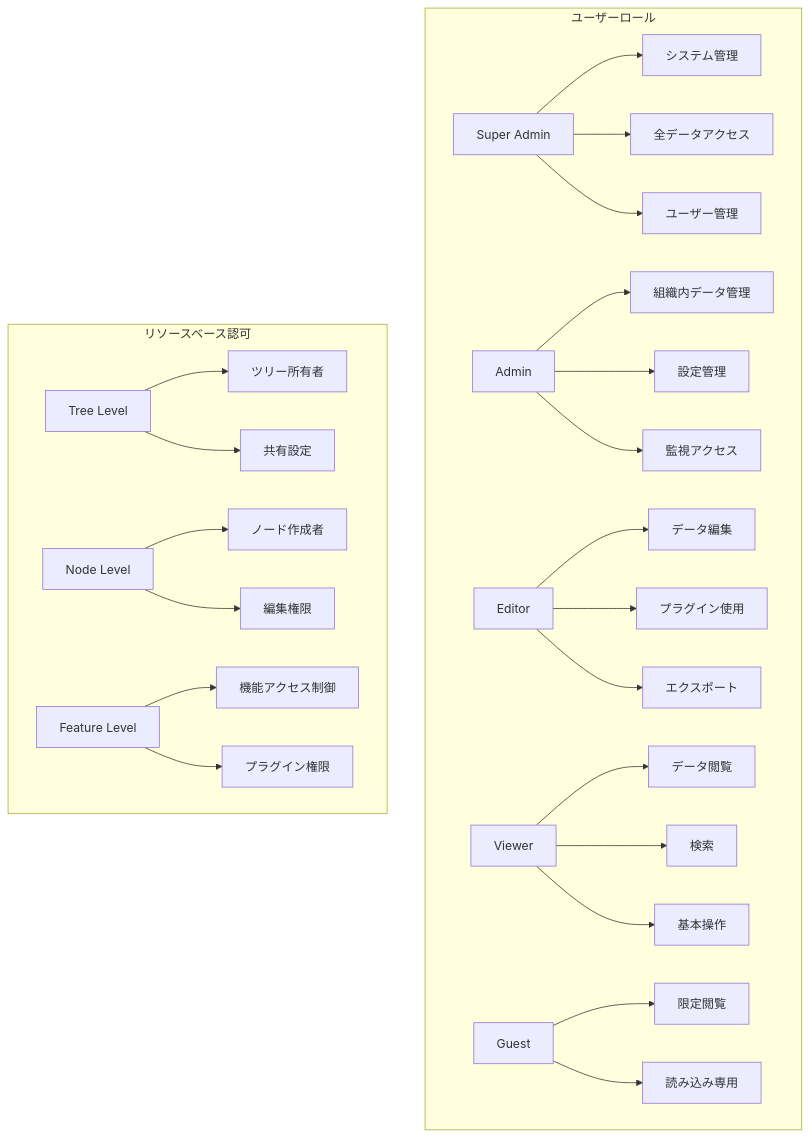
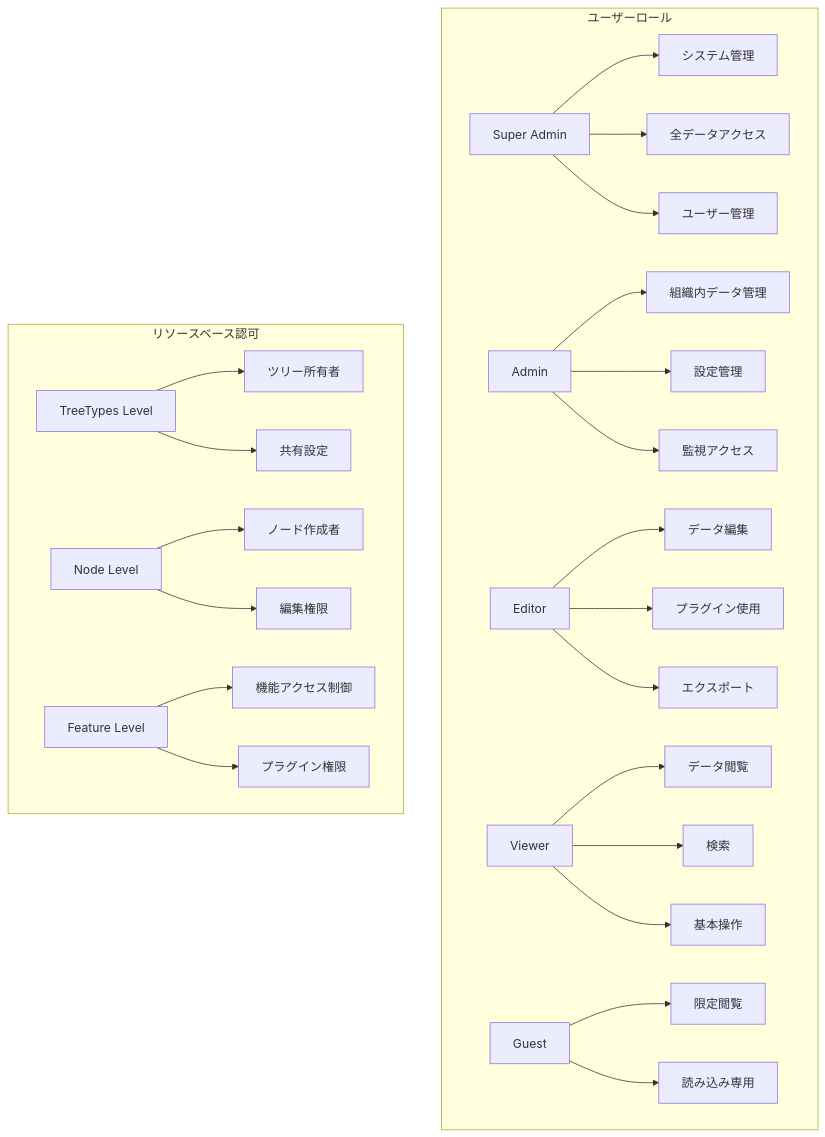
One commit to kubohiroya/hierarchidb changed diagram 18 of 28 in docs/DEVELOPER_REPORT_COMPREHENSIVE/02_REQUIREMENTS_SPECIFICATION.md. Above: the diagram before and after it, drawn with Mermaid. The commit also changed other lines of this file and 452 other files, not shown here.

````diff
--- a/docs/DEVELOPER_REPORT_COMPREHENSIVE/02_REQUIREMENTS_SPECIFICATION.md
+++ b/docs/DEVELOPER_REPORT_COMPREHENSIVE/02_REQUIREMENTS_SPECIFICATION.md
@@ -683,34 +683,34 @@
 ```mermaid
 graph TB
     subgraph "ユーザーロール"
         A[Super Admin] --> A1[システム管理]
         A --> A2[全データアクセス]
         A --> A3[ユーザー管理]
         
         B[Admin] --> B1[組織内データ管理]
         B --> B2[設定管理]
         B --> B3[監視アクセス]
         
         C[Editor] --> C1[データ編集]
         C --> C2[プラグイン使用]
         C --> C3[エクスポート]
         
         D[Viewer] --> D1[データ閲覧]
         D --> D2[検索]
         D --> D3[基本操作]
         
         E[Guest] --> E1[限定閲覧]
         E --> E2[読み込み専用]
     end
     
     subgraph "リソースベース認可"
-        F[Tree Level] --> F1[ツリー所有者]
+        F[TreeTypes Level] --> F1[ツリー所有者]
         F --> F2[共有設定]
         
         G[Node Level] --> G1[ノード作成者]
         G --> G2[編集権限]
         
         H[Feature Level] --> H1[機能アクセス制御]
         H --> H2[プラグイン権限]
     end
 ```
````
